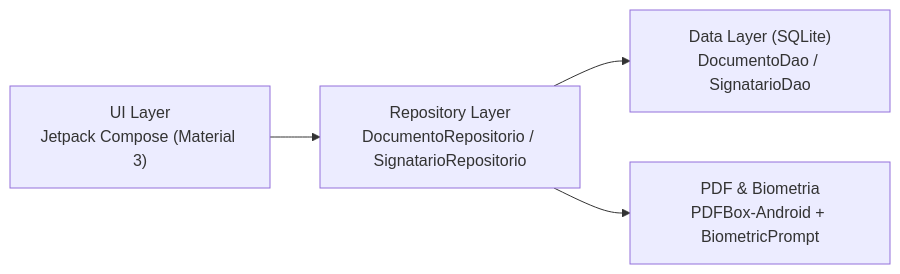
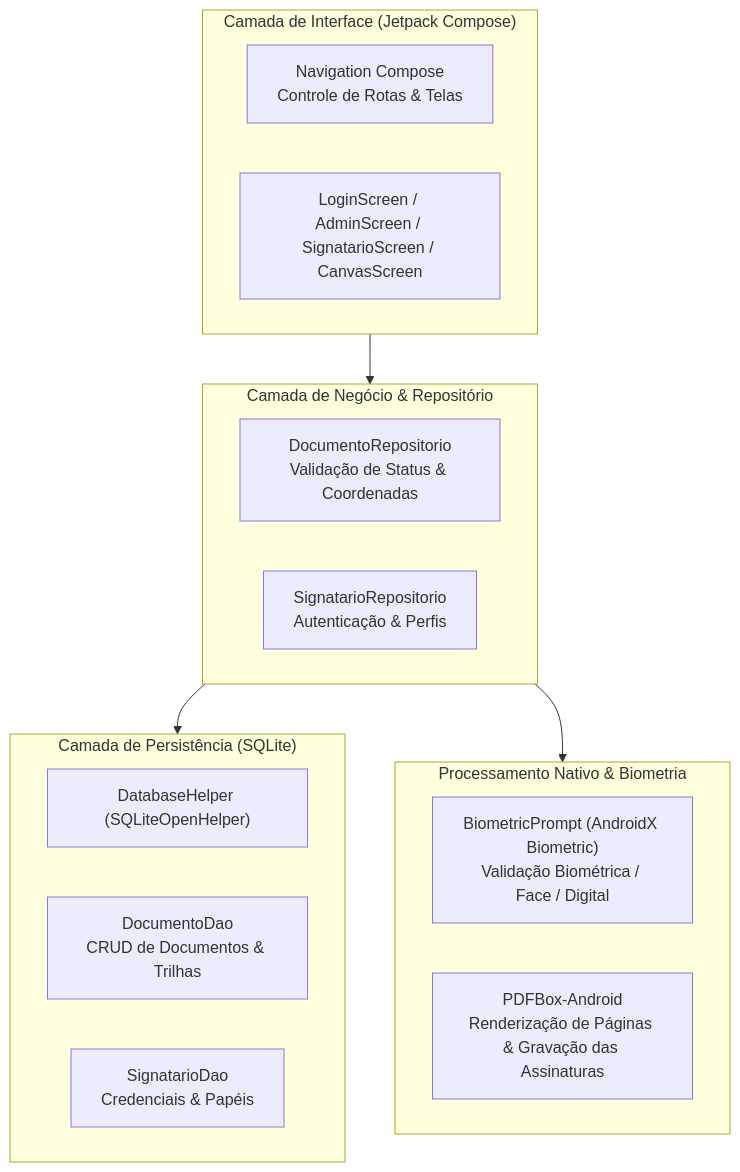
One commit to Renan-Xavier/BestSign changed the diagram in README.md. Above: the diagram before and after it, drawn with Mermaid. The commit also changed other lines of this file, not shown here.

Commit message:
docs: padronizar README com arquitetura Mermaid em camadas e tabela de tecnologias

````diff
--- a/README.md
+++ b/README.md
@@ -62,6 +59,27 @@
 ```mermaid
-flowchart LR
-    UI["UI Layer\nJetpack Compose (Material 3)"] --> Repo["Repository Layer\nDocumentoRepositorio / SignatarioRepositorio"]
-    Repo --> DAO["Data Layer (SQLite)\nDocumentoDao / SignatarioDao"]
-    Repo --> PDF["PDF & Biometria\nPDFBox-Android + BiometricPrompt"]
+flowchart TD
+    subgraph UI ["Camada de Interface (Jetpack Compose)"]
+        Nav["Navigation Compose\nControle de Rotas & Telas"]
+        Screens["LoginScreen / AdminScreen / SignatarioScreen / CanvasScreen"]
+    end
+
+    subgraph Domain ["Camada de Negócio & Repositório"]
+        DocRepo["DocumentoRepositorio\nValidação de Status & Coordenadas"]
+        SigRepo["SignatarioRepositorio\nAutenticação & Perfis"]
+    end
+
+    subgraph Data ["Camada de Persistência (SQLite)"]
+        Helper["DatabaseHelper (SQLiteOpenHelper)"]
+        DocDao["DocumentoDao\nCRUD de Documentos & Trilhas"]
+        SigDao["SignatarioDao\nCredenciais & Papéis"]
+    end
+
+    subgraph Engine ["Processamento Nativo & Biometria"]
+        BioPrompt["BiometricPrompt (AndroidX Biometric)\nValidação Biométrica / Face / Digital"]
+        PdfBox["PDFBox-Android\nRenderização de Páginas & Gravação das Assinaturas"]
+    end
+
+    UI --> Domain
+    Domain --> Data
+    Domain --> Engine
 ```
````
